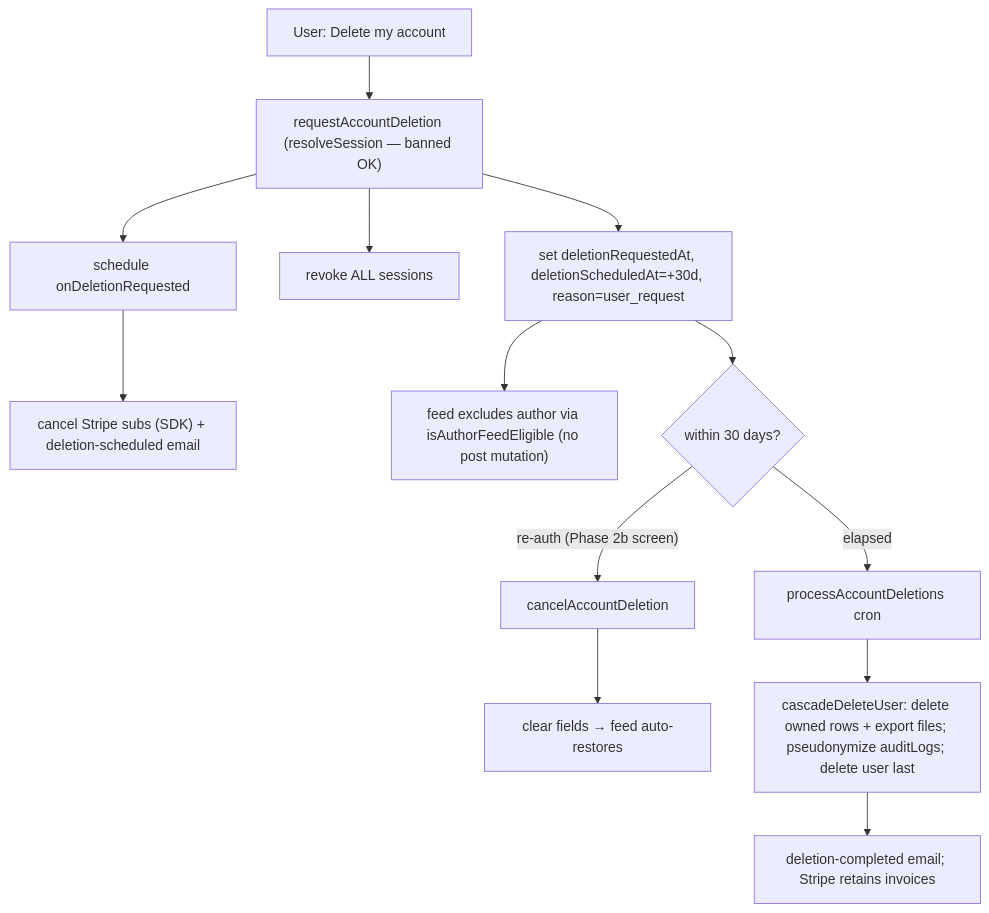
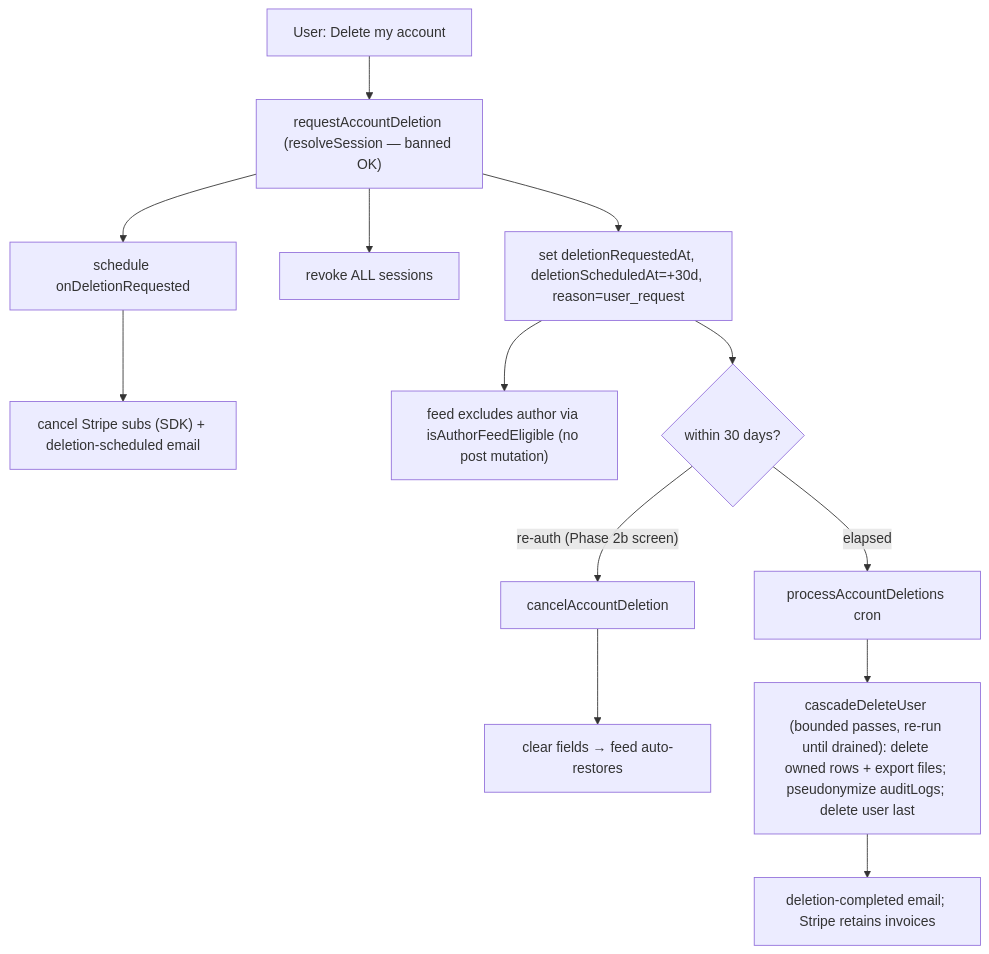
One commit to henriko202/glowing-octo-guide changed diagram 16 of 18 in docs/PLATFORM.md. Above: the diagram before and after it, drawn with Mermaid. The commit also changed other lines of this file and 15 other files, not shown here.

````diff
--- a/docs/PLATFORM.md
+++ b/docs/PLATFORM.md
@@ -1473,15 +1480,15 @@
 ```mermaid
 flowchart TD
   R["User: Delete my account"] --> REQ["requestAccountDeletion (resolveSession — banned OK)"]
   REQ --> S1["set deletionRequestedAt, deletionScheduledAt=+30d, reason=user_request"]
   REQ --> S2["revoke ALL sessions"]
   REQ --> SCH["schedule onDeletionRequested"]
   SCH --> ST["cancel Stripe subs (SDK) + deletion-scheduled email"]
   S1 --> FEED["feed excludes author via isAuthorFeedEligible (no post mutation)"]
   S1 --> GRACE{"within 30 days?"}
   GRACE -->|"re-auth (Phase 2b screen)"| CANCELSCR["cancelAccountDeletion"]
   CANCELSCR --> RESTORE["clear fields → feed auto-restores"]
   GRACE -->|"elapsed"| CRON["processAccountDeletions cron"]
-  CRON --> CASCADE["cascadeDeleteUser: delete owned rows + export files; pseudonymize auditLogs; delete user last"]
+  CRON --> CASCADE["cascadeDeleteUser (bounded passes, re-run until drained): delete owned rows + export files; pseudonymize auditLogs; delete user last"]
   CASCADE --> DONE["deletion-completed email; Stripe retains invoices"]
 ```
````
